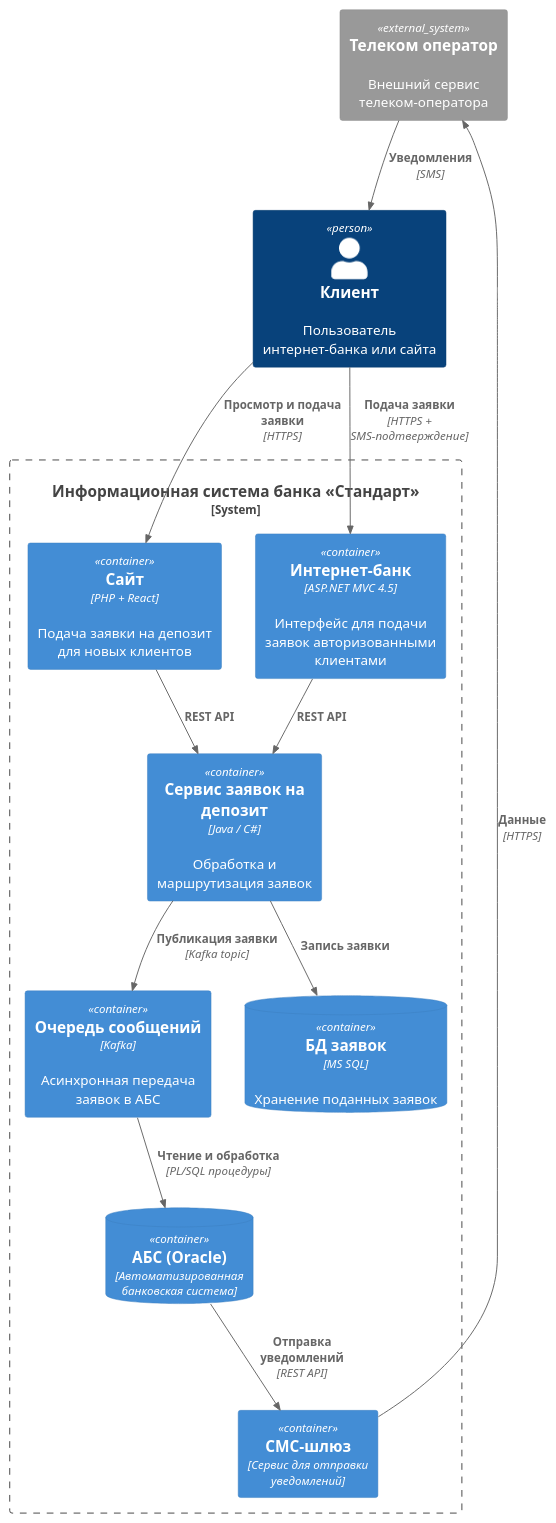
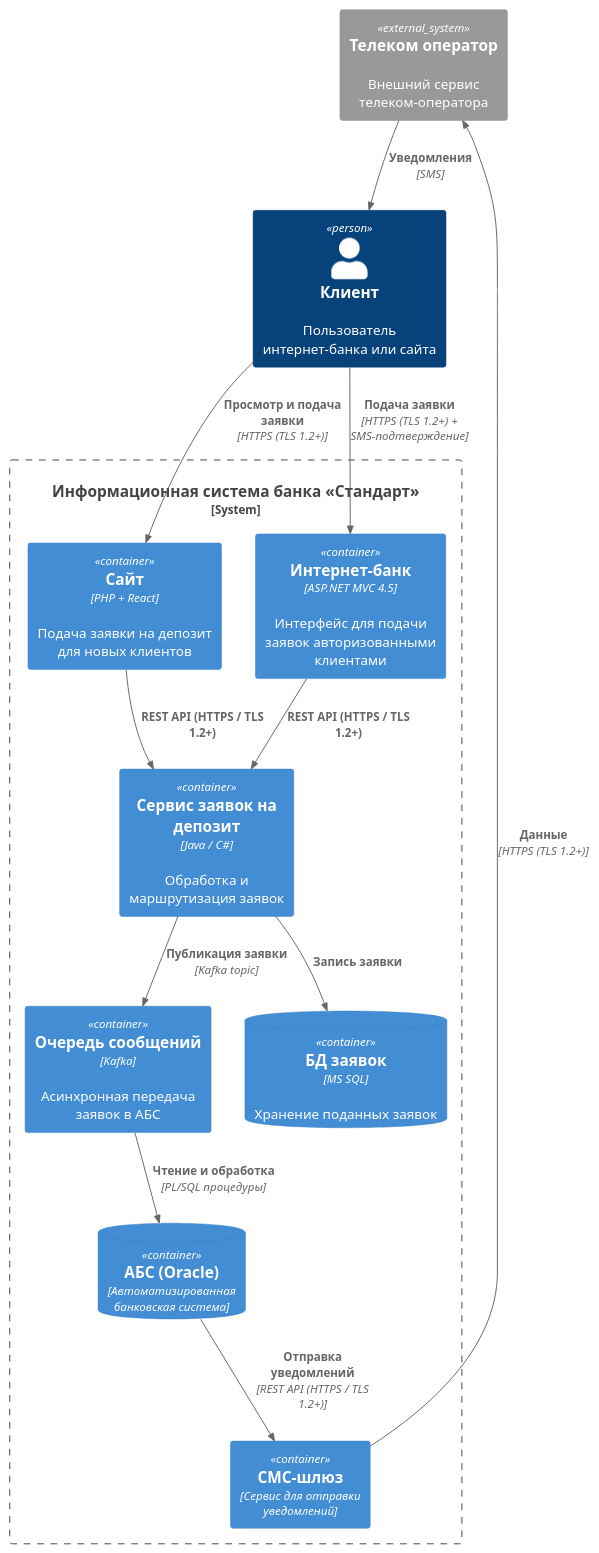
The diagram in task3/container.puml (theart84/architecture-standart), drawn with PlantUML before and after one commit. The commit also changed 5 other files, not shown here.

```diff
--- a/task3/container.puml
+++ b/task3/container.puml
@@ -1,31 +1,31 @@
 @startuml
 !include <C4/C4_Container>
 
 Person(customer, "Клиент", "Пользователь интернет-банка или сайта")
 
 System_Boundary(standardBank, "Информационная система банка «Стандарт»") {
     Container(website, "Сайт", "PHP + React", "Подача заявки на депозит для новых клиентов")
     Container(internetBank, "Интернет-банк", "ASP.NET MVC 4.5", "Интерфейс для подачи заявок авторизованными клиентами")
     Container(depositService, "Сервис заявок на депозит", "Java / C#", "Обработка и маршрутизация заявок")
     Container(queue, "Очередь сообщений", "Kafka", "Асинхронная передача заявок в АБС")
     ContainerDb(depositDb, "БД заявок", "MS SQL", "Хранение поданных заявок")
     ContainerDb(abs, "АБС (Oracle)", "Автоматизированная банковская система")
     Container(smsService, "СМС-шлюз", "Сервис для отправки уведомлений")
 }
 
 System_Ext(telecomProvider, "Телеком оператор", "Внешний сервис телеком-оператора ")
 
-Rel(customer, website, "Просмотр и подача заявки", "HTTPS")
-Rel(customer, internetBank, "Подача заявки", "HTTPS + SMS-подтверждение")
+Rel(customer, website, "Просмотр и подача заявки", "HTTPS (TLS 1.2+)")
+Rel(customer, internetBank, "Подача заявки", "HTTPS (TLS 1.2+) + SMS-подтверждение")
 
-Rel(website, depositService, "REST API")
-Rel(internetBank, depositService, "REST API")
+Rel(website, depositService, "REST API (HTTPS / TLS 1.2+)")
+Rel(internetBank, depositService, "REST API (HTTPS / TLS 1.2+)")
 
 Rel(depositService, depositDb, "Запись заявки")
 Rel(depositService, queue, "Публикация заявки", "Kafka topic")
 Rel(queue, abs, "Чтение и обработка", "PL/SQL процедуры")
 
-Rel(abs, smsService, "Отправка уведомлений", "REST API")
-Rel(smsService, telecomProvider, "Данные", "HTTPS")
+Rel(abs, smsService, "Отправка уведомлений", "REST API (HTTPS / TLS 1.2+)")
+Rel(smsService, telecomProvider, "Данные", "HTTPS (TLS 1.2+)")
 Rel(telecomProvider, customer, "Уведомления", "SMS")
 @enduml
```
